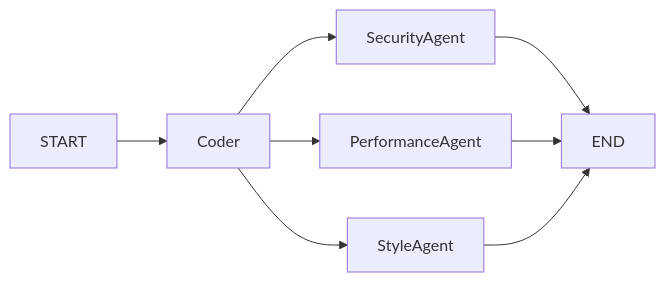
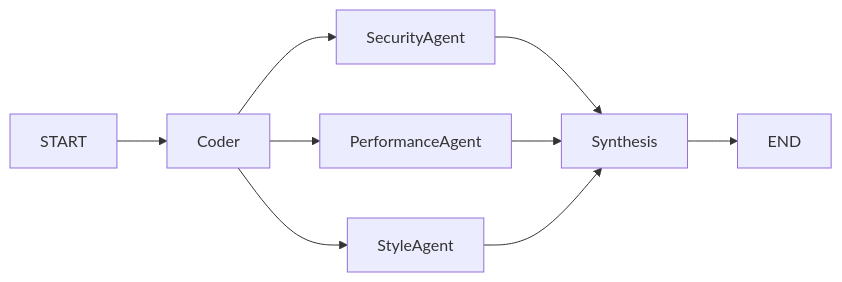
The fifth of 10 diagrams in PATTERNS.md (rulala/fac-ws_ai_multi-agent), drawn with Mermaid before and after one commit.

Commit message:
docs: update parallel processing diagram in PATTERNS.md

````diff
--- a/PATTERNS.md
+++ b/PATTERNS.md
@@ -121,10 +121,11 @@
 ```mermaid
 graph LR
     START --> Coder
     Coder --> SecurityAgent
     Coder --> PerformanceAgent
     Coder --> StyleAgent
-    SecurityAgent --> END
-    PerformanceAgent --> END
-    StyleAgent --> END
+    SecurityAgent --> Synthesis
+    PerformanceAgent --> Synthesis
+    StyleAgent --> Synthesis
+    Synthesis --> END
 ```
````
